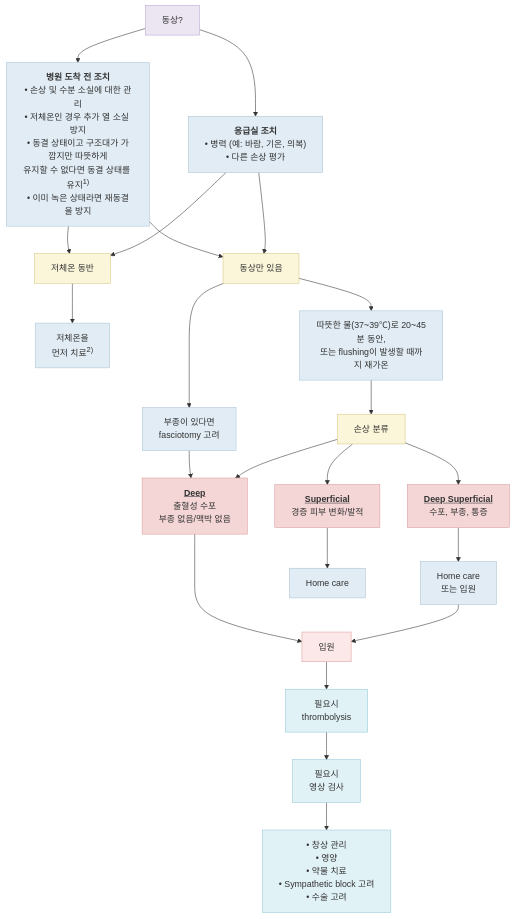
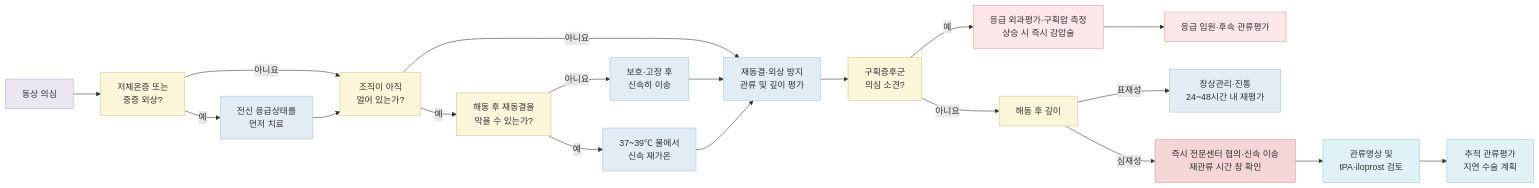
The diagram in 230_/208_-cold-injury.md (familyoh77/familyoh77), drawn with Mermaid before and after one commit. The commit also changed other lines of this file, not shown here.

````diff
--- a/230_/208_-cold-injury.md
+++ b/230_/208_-cold-injury.md
@@ -81,49 +90,37 @@
 ```mermaid
-flowchart TD
-    ROOT["동상?"]
+flowchart LR
+    ROOT["동상 의심"] --> SYS["저체온증 또는<br/>중증 외상?"]
+    SYS -->|예| SYS_TX["전신 응급상태를<br/>먼저 치료"]
+    SYS -->|아니요| FROZEN["조직이 아직<br/>얼어 있는가?"]
+    SYS_TX --> FROZEN
 
-    ROOT --> PRE["<b>병원 도착 전 조치</b><br/>• 손상 및 수분 소실에 대한 관리<br/>• 저체온인 경우 추가 열 소실 방지<br/>• 동결 상태이고 구조대가 가깝지만 따뜻하게<br/>유지할 수 없다면 동결 상태를 유지<sup>1)</sup><br/>• 이미 녹은 상태라면 재동결을 방지"]
-    ROOT --> ER["<b>응급실 조치</b><br/>• 병력 (예: 바람, 기온, 의복)<br/>• 다른 손상 평가"]
+    FROZEN -->|아니요| PROTECT["재동결·외상 방지<br/>관류 및 깊이 평가"]
+    FROZEN -->|예| REFREEZE["해동 후 재동결을<br/>막을 수 있는가?"]
+    REFREEZE -->|아니요| TRANSFER["보호·고정 후<br/>신속히 이송"]
+    REFREEZE -->|예| REWARM["37~39℃ 물에서<br/>신속 재가온"]
+    TRANSFER --> PROTECT
+    REWARM --> PROTECT
 
-    PRE --> HYPO["저체온 동반"]
-    ER --> HYPO
-    PRE --> FROST["동상만 있음"]
-    ER --> FROST
+    PROTECT --> COMP["구획증후군<br/>의심 소견?"]
+    COMP -->|아니요| SEV["해동 후 깊이"]
+    COMP -->|예| PRESSURE["응급 외과평가·구획압 측정<br/>상승 시 즉시 감압술"]
+    PRESSURE --> ADMIT["응급 입원·후속 관류평가"]
+    SEV -->|표재성| SUPER["창상관리·진통<br/>24~48시간 내 재평가"]
+    SEV -->|심재성| DEEP["즉시 전문센터 협의·신속 이송<br/>재관류 시간 창 확인"]
+    DEEP --> PERF["관류영상 및<br/>tPA·iloprost 검토"]
+    PERF --> FOLLOW["추적 관류평가<br/>지연 수술 계획"]
 
-    HYPO --> HYPO_TX["저체온을<br/>먼저 치료<sup>2)</sup>"]
-
-    FROST --> FASC["부종이 있다면<br/>fasciotomy 고려"]
-    FROST --> REWARM["따뜻한 물(37~39℃)로 20~45분 동안,<br/>또는 flushing이 발생할 때까지 재가온"]
-
-    REWARM --> CLASS["손상 분류"]
-
-    FASC --> DEEP
-
-    CLASS --> DEEP["<b><u>Deep</u></b><br/>출혈성 수포<br/>부종 없음/맥박 없음"]
-    CLASS --> DS["<b><u>Deep Superficial</u></b><br/>수포, 부종, 통증"]
-    CLASS --> SUP["<b><u>Superficial</u></b><br/>경증 피부 변화/발적"]
-
-    DEEP --> ADMIT["입원"]
-    DS --> HOME_ADMIT["Home care<br/>또는 입원"]
-    HOME_ADMIT --> ADMIT
-    SUP --> HOME["Home care"]
-
-    ADMIT --> THROMBO["필요시<br/>thrombolysis"]
-    THROMBO --> IMAGING["필요시<br/>영상 검사"]
-    IMAGING --> FINAL["• 창상 관리<br/>• 영양<br/>• 약물 치료<br/>• Sympathetic block 고려<br/>• 수술 고려"]
-
-    %% 색상 스타일 지정
     classDef purple fill:#ECE6F2,stroke:#B8A7D4,stroke-width:1px;
     classDef yellow fill:#FBF6D9,stroke:#D6C785,stroke-width:1px;
     classDef blue fill:#E1ECF4,stroke:#A9C4D6,stroke-width:1px;
     classDef pink fill:#F5D6D6,stroke:#D99B9B,stroke-width:1px;
-    classDef admit fill:#FCE8E8,stroke:#E09E9E,stroke-width:1px;
+    classDef red fill:#FCE8E8,stroke:#E09E9E,stroke-width:1px;
     classDef cyan fill:#E1F2F7,stroke:#96C9D8,stroke-width:1px;
 
     class ROOT purple;
-    class HYPO,FROST,CLASS yellow;
-    class PRE,ER,HYPO_TX,FASC,REWARM,HOME_ADMIT,HOME blue;
-    class DEEP,DS,SUP pink;
-    class ADMIT admit;
-    class THROMBO,IMAGING,FINAL cyan;
+    class SYS,FROZEN,REFREEZE,SEV,COMP yellow;
+    class SYS_TX,TRANSFER,REWARM,PROTECT,SUPER blue;
+    class DEEP pink;
+    class PRESSURE,ADMIT red;
+    class PERF,FOLLOW cyan;
 ```
````
